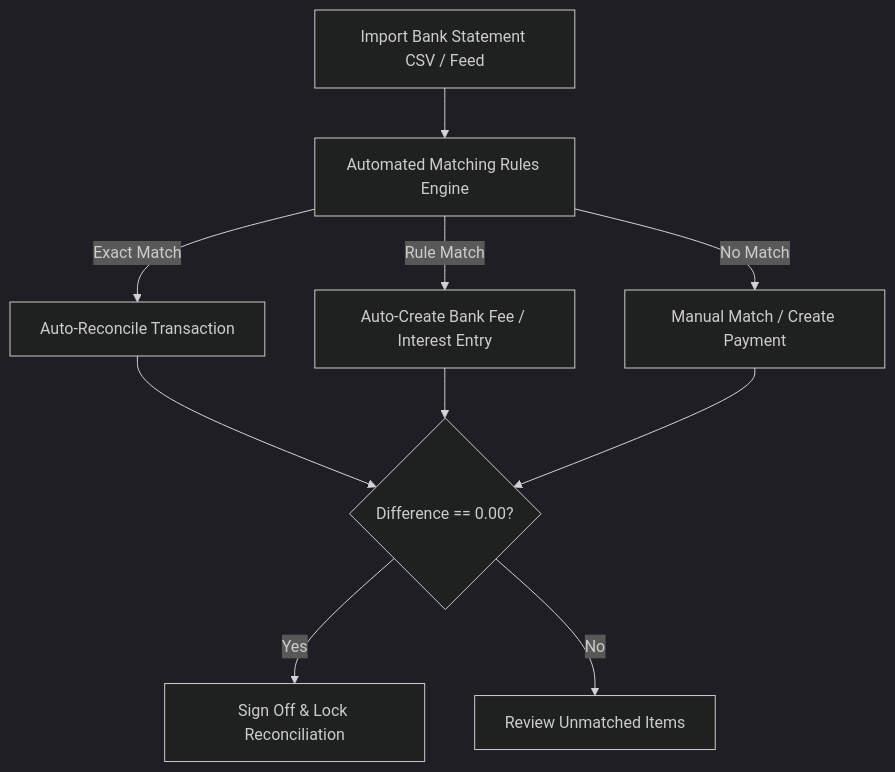
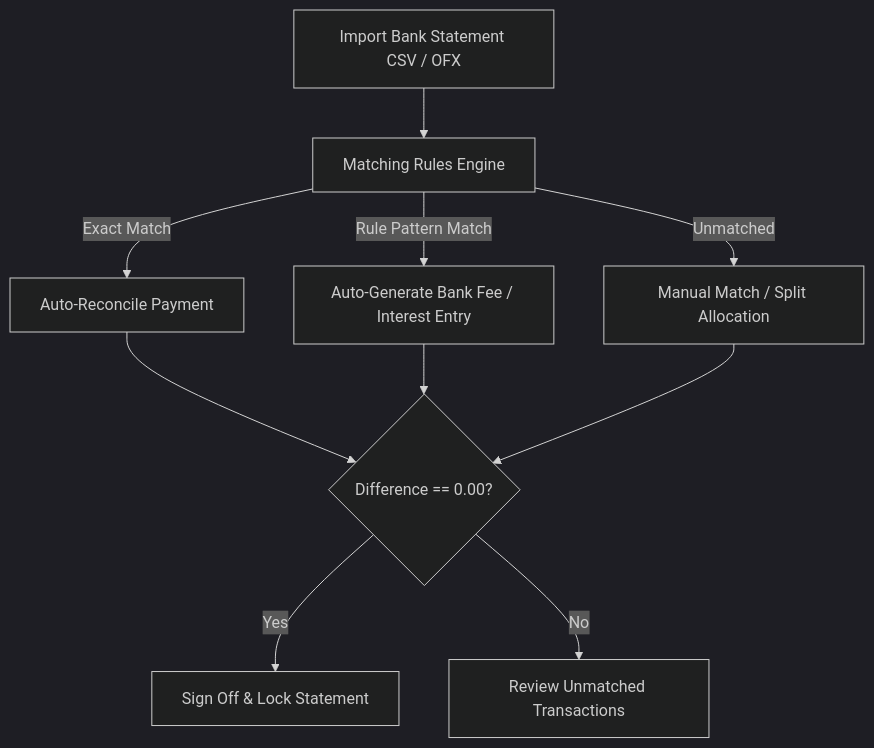
Before and after one commit to herobmdotcom/herobm: the second of 2 diagrams in docs/user/reconciliations.md, drawn with Mermaid (dark theme). The commit also changed other lines of this file and 168 other files, not shown here.

````diff
--- a/docs/user/reconciliations.md
+++ b/docs/user/reconciliations.md
@@ -46,12 +91,10 @@
 ```mermaid
 flowchart TD
-    A[Import Bank Statement CSV / Feed] --> B[Automated Matching Rules Engine]
-    B -- Exact Match --> C[Auto-Reconcile Transaction]
-    B -- Rule Match --> D[Auto-Create Bank Fee / Interest Entry]
-    B -- No Match --> E[Manual Match / Create Payment]
-    C --> F{Difference == 0.00?}
-    D --> F
-    E --> F
-    F -- Yes --> G[Sign Off & Lock Reconciliation]
-    F -- No --> H[Review Unmatched Items]
+    A[Import Bank Statement CSV / OFX] --> B[Matching Rules Engine]
+    B -- Exact Match --> C[Auto-Reconcile Payment]
+    B -- Rule Pattern Match --> D[Auto-Generate Bank Fee / Interest Entry]
+    B -- Unmatched --> E[Manual Match / Split Allocation]
+    C & D & E --> F{Difference == 0.00?}
+    F -- Yes --> G[Sign Off & Lock Statement]
+    F -- No --> H[Review Unmatched Transactions]
 ```
````
